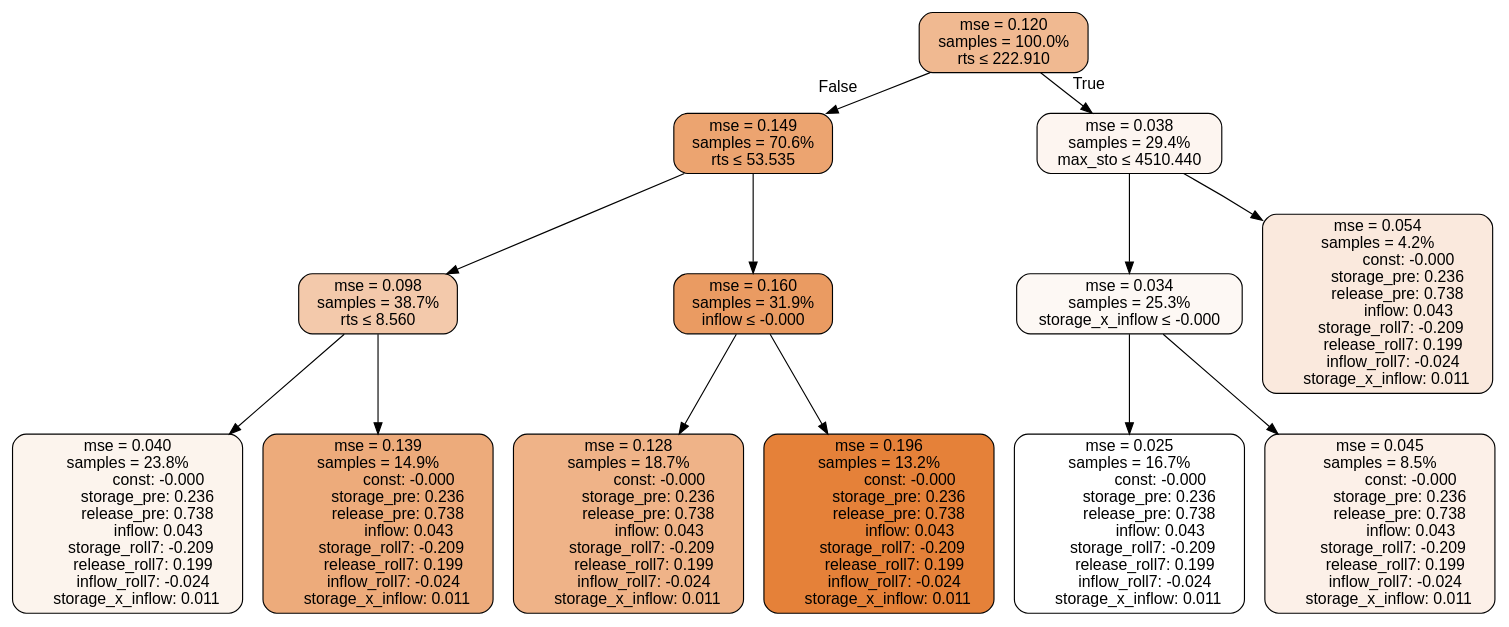
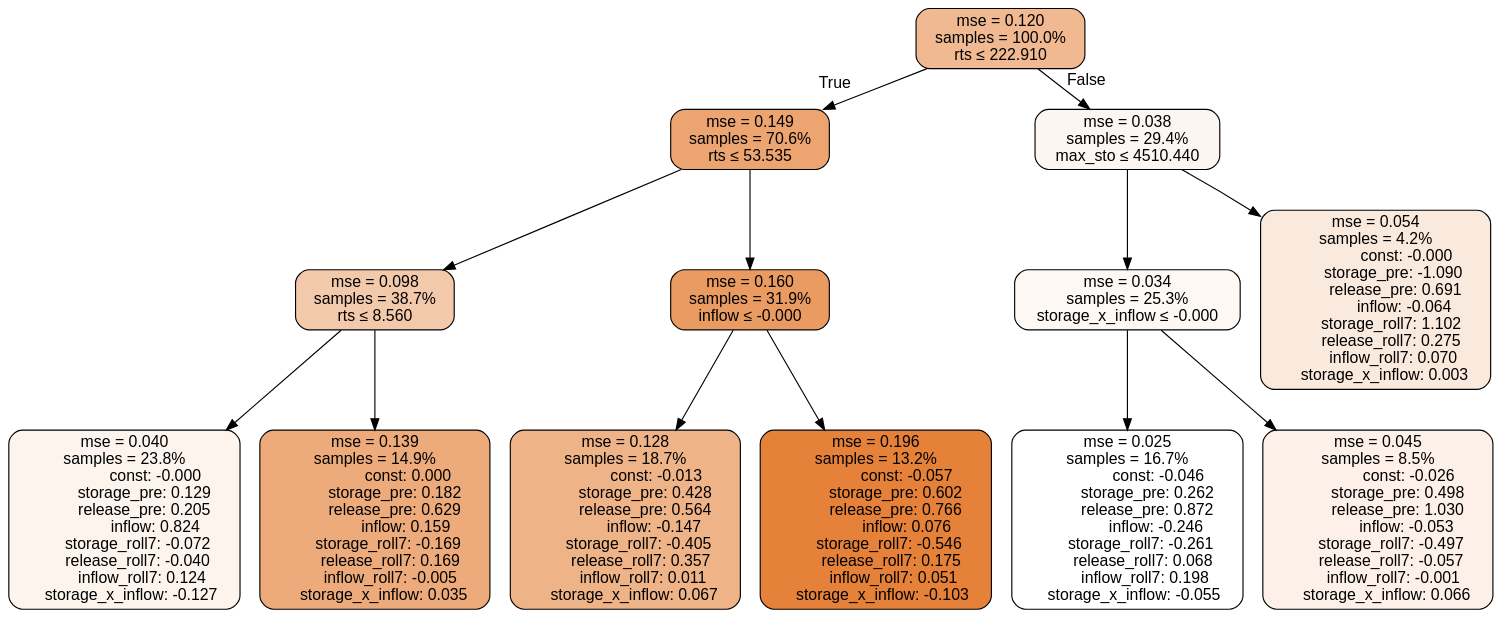
The diagram in results/tclr_spatial_eval/all/TD3_RT_MS_0.75_133/tree.dot (lcford2/predict-release), drawn with Graphviz before and after one commit. The commit also changed 1999 other files, not shown here.

```diff
--- a/results/tclr_spatial_eval/all/TD3_RT_MS_0.75_133/tree.dot
+++ b/results/tclr_spatial_eval/all/TD3_RT_MS_0.75_133/tree.dot
@@ -1,105 +1,106 @@
 digraph tree {
+bgcolor="transparent"
 node [shape=rectangle, style="filled, rounded", color="black", fontname=helvetica] ;
 edge [fontname=helvetica] ;
 	"0" [label="mse = 0.120
 samples = 100.0%
 rts &le; 222.910", fillcolor="#f0b991"]
 	"1" [label="mse = 0.149
 samples = 70.6%
 rts &le; 53.535", fillcolor="#eca470"]
 	"2" [label="mse = 0.098
 samples = 38.7%
 rts &le; 8.560", fillcolor="#f3c9ab"]
 	"3" [label="mse = 0.040
 samples = 23.8%
                const: -0.000
-          storage_pre: 0.236
-          release_pre: 0.738
-               inflow: 0.043
-       storage_roll7: -0.209
-        release_roll7: 0.199
-        inflow_roll7: -0.024
-     storage_x_inflow: 0.011", fillcolor="#fcf4ed"]
+          storage_pre: 0.129
+          release_pre: 0.205
+               inflow: 0.824
+       storage_roll7: -0.072
+       release_roll7: -0.040
+         inflow_roll7: 0.124
+    storage_x_inflow: -0.127", fillcolor="#fcf4ed"]
 	"4" [label="mse = 0.139
 samples = 14.9%
-               const: -0.000
-          storage_pre: 0.236
-          release_pre: 0.738
-               inflow: 0.043
-       storage_roll7: -0.209
-        release_roll7: 0.199
-        inflow_roll7: -0.024
-     storage_x_inflow: 0.011", fillcolor="#edab7b"]
+                const: 0.000
+          storage_pre: 0.182
+          release_pre: 0.629
+               inflow: 0.159
+       storage_roll7: -0.169
+        release_roll7: 0.169
+        inflow_roll7: -0.005
+     storage_x_inflow: 0.035", fillcolor="#edab7b"]
 	"5" [label="mse = 0.160
 samples = 31.9%
 inflow &le; -0.000", fillcolor="#ea9b62"]
 	"6" [label="mse = 0.128
 samples = 18.7%
-               const: -0.000
-          storage_pre: 0.236
-          release_pre: 0.738
-               inflow: 0.043
-       storage_roll7: -0.209
-        release_roll7: 0.199
-        inflow_roll7: -0.024
-     storage_x_inflow: 0.011", fillcolor="#efb388"]
+               const: -0.013
+          storage_pre: 0.428
+          release_pre: 0.564
+              inflow: -0.147
+       storage_roll7: -0.405
+        release_roll7: 0.357
+         inflow_roll7: 0.011
+     storage_x_inflow: 0.067", fillcolor="#efb388"]
 	"7" [label="mse = 0.196
 samples = 13.2%
-               const: -0.000
-          storage_pre: 0.236
-          release_pre: 0.738
-               inflow: 0.043
-       storage_roll7: -0.209
-        release_roll7: 0.199
-        inflow_roll7: -0.024
-     storage_x_inflow: 0.011", fillcolor="#e58139"]
+               const: -0.057
+          storage_pre: 0.602
+          release_pre: 0.766
+               inflow: 0.076
+       storage_roll7: -0.546
+        release_roll7: 0.175
+         inflow_roll7: 0.051
+    storage_x_inflow: -0.103", fillcolor="#e58139"]
 	"8" [label="mse = 0.038
 samples = 29.4%
 max_sto &le; 4510.440", fillcolor="#fdf5f0"]
 	"9" [label="mse = 0.034
 samples = 25.3%
 storage_x_inflow &le; -0.000", fillcolor="#fdf8f4"]
 	"10" [label="mse = 0.025
 samples = 16.7%
-               const: -0.000
-          storage_pre: 0.236
-          release_pre: 0.738
-               inflow: 0.043
-       storage_roll7: -0.209
-        release_roll7: 0.199
-        inflow_roll7: -0.024
-     storage_x_inflow: 0.011", fillcolor="#ffffff"]
+               const: -0.046
+          storage_pre: 0.262
+          release_pre: 0.872
+              inflow: -0.246
+       storage_roll7: -0.261
+        release_roll7: 0.068
+         inflow_roll7: 0.198
+    storage_x_inflow: -0.055", fillcolor="#ffffff"]
 	"11" [label="mse = 0.045
 samples = 8.5%
-               const: -0.000
-          storage_pre: 0.236
-          release_pre: 0.738
-               inflow: 0.043
-       storage_roll7: -0.209
-        release_roll7: 0.199
-        inflow_roll7: -0.024
-     storage_x_inflow: 0.011", fillcolor="#fcf0e8"]
+               const: -0.026
+          storage_pre: 0.498
+          release_pre: 1.030
+              inflow: -0.053
+       storage_roll7: -0.497
+       release_roll7: -0.057
+        inflow_roll7: -0.001
+     storage_x_inflow: 0.066", fillcolor="#fcf0e8"]
 	"12" [label="mse = 0.054
 samples = 4.2%
                const: -0.000
-          storage_pre: 0.236
-          release_pre: 0.738
-               inflow: 0.043
-       storage_roll7: -0.209
-        release_roll7: 0.199
-        inflow_roll7: -0.024
-     storage_x_inflow: 0.011", fillcolor="#fae9dd"]
+         storage_pre: -1.090
+          release_pre: 0.691
+              inflow: -0.064
+        storage_roll7: 1.102
+        release_roll7: 0.275
+         inflow_roll7: 0.070
+     storage_x_inflow: 0.003", fillcolor="#fae9dd"]
 
-	"0" -> "1" [labeldistance=2.5, labelangle=45, headlabel="False"]
+	"0" -> "1" [labeldistance=2.5, labelangle=45, headlabel="True"]
 	"1" -> "2"
 	"2" -> "3"
 	"2" -> "4"
 	"1" -> "5"
 	"5" -> "6"
 	"5" -> "7"
-	"0" -> "8" [labeldistance=2.5, labelangle=-45, headlabel="True"]
+	"0" -> "8" [labeldistance=2.5, labelangle=-45, headlabel="False"]
 	"8" -> "9"
 	"9" -> "10"
 	"9" -> "11"
 	"8" -> "12"
 }
```
